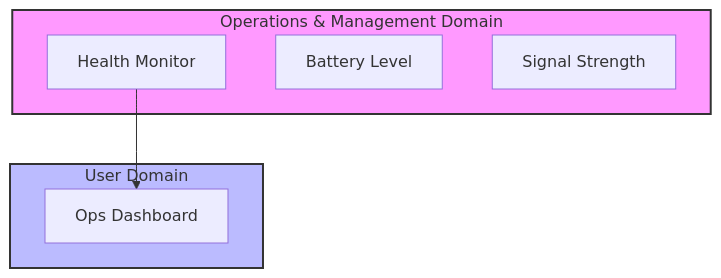
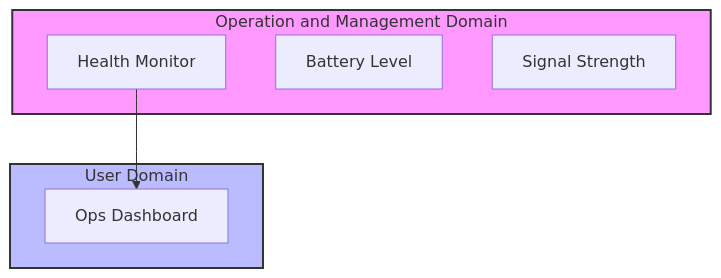
One commit to lgambab/4201327-IoT_Systems_Design_Labs changed the diagram in en/labs/lab7.md. Above: the diagram before and after it, drawn with Mermaid. The commit also changed other lines of this file and 7 other files, not shown here.

````diff
--- a/en/labs/lab7.md
+++ b/en/labs/lab7.md
@@ -46,15 +46,15 @@
 ```mermaid
 graph TD
-    subgraph OMD [Operations & Management Domain]
+    subgraph OMD [Operation and Management Domain]
         Health[Health Monitor]
         Battery[Battery Level]
         RSSI[Signal Strength]
     end
     subgraph UD [User Domain]
         Dashboard[Ops Dashboard]
     end
     Health --> Dashboard
     
     style OMD fill:#f9f,stroke:#333,stroke-width:2px
     style UD fill:#bbf,stroke:#333,stroke-width:2px
 ```
````
